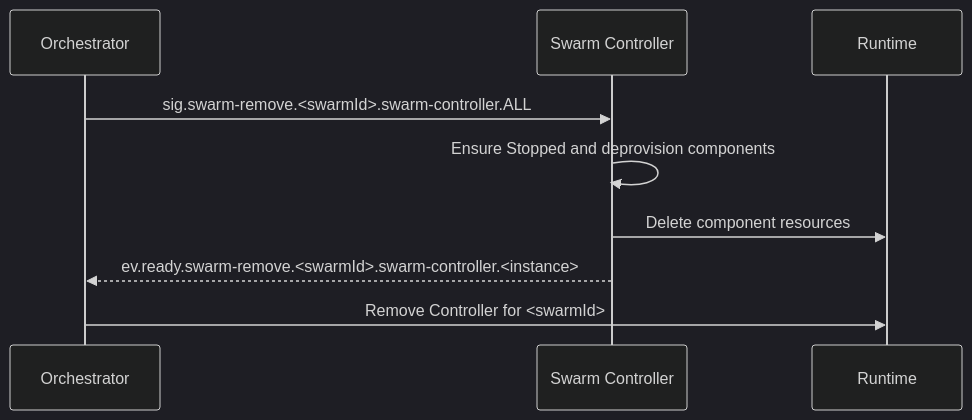
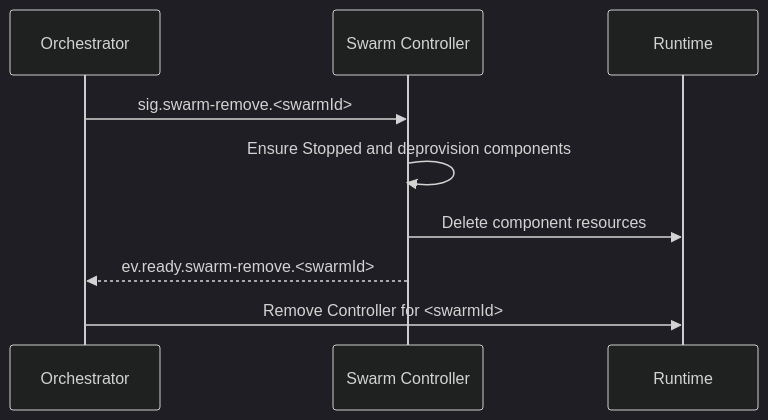
Before and after one commit to sepa79/PocketHive: the seventh of 8 diagrams in docs/ARCHITECTURE.md, drawn with Mermaid (dark theme). The commit also changed other lines of this file, not shown here.

Commit message:
docs: align architecture with control-plane contract

````diff
--- a/docs/ARCHITECTURE.md
+++ b/docs/ARCHITECTURE.md
@@ -238,12 +239,12 @@
 ```mermaid
 sequenceDiagram
   participant QN as Orchestrator
   participant MSH as Swarm Controller
   participant RT as Runtime
 
-  QN->>MSH: sig.swarm-remove.<swarmId>.swarm-controller.ALL
+  QN->>MSH: sig.swarm-remove.<swarmId>
   MSH->>MSH: Ensure Stopped and deprovision components
   MSH->>RT: Delete component resources
-  MSH-->>QN: ev.ready.swarm-remove.<swarmId>.swarm-controller.<instance>
+  MSH-->>QN: ev.ready.swarm-remove.<swarmId>
   QN->>RT: Remove Controller for <swarmId>
 ```
````
